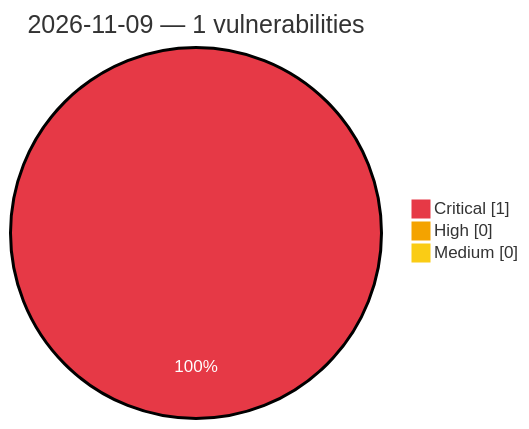
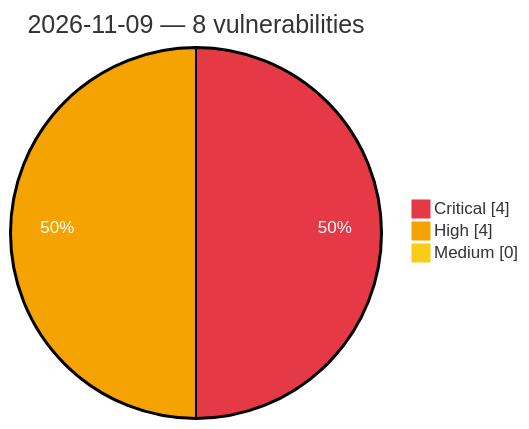
One commit to GhostX0X/vuln-tracker changed the diagram in vulnerabilities/2026/November/2026-11-09.md. Above: the diagram before and after it, drawn with Mermaid. The commit also changed other lines of this file and 5 other files, not shown here.

Commit message:
Auto update: critical/high vulns (2026-11-09 09:05 UTC)

````diff
--- a/vulnerabilities/2026/November/2026-11-09.md
+++ b/vulnerabilities/2026/November/2026-11-09.md
@@ -3,8 +3,8 @@
 ```mermaid
 %%{init: {'theme':'base', 'themeVariables': {'pie1':'#e63946', 'pie2':'#f4a300', 'pie3':'#facc15', 'pieOpacity':'1', 'pieOuterStrokeWidth':'2px', 'pieSectionTextColor':'#ffffff'}}}%%
 pie showData
-    title 2026-11-09 — 1 vulnerabilities
-    "Critical" : 1
-    "High" : 0
+    title 2026-11-09 — 8 vulnerabilities
+    "Critical" : 4
+    "High" : 4
     "Medium" : 0
 ```
````
